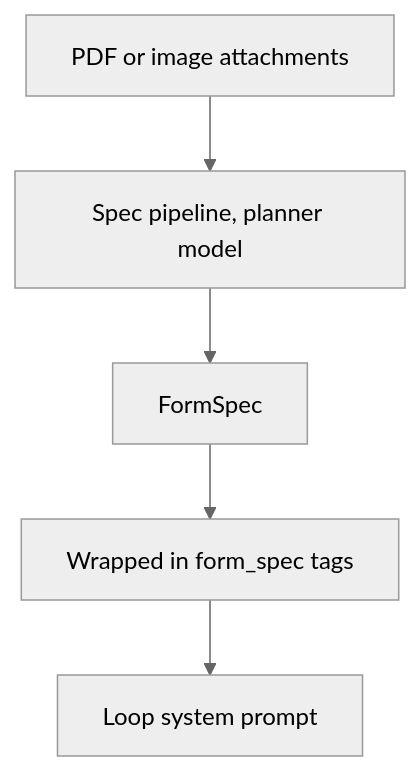
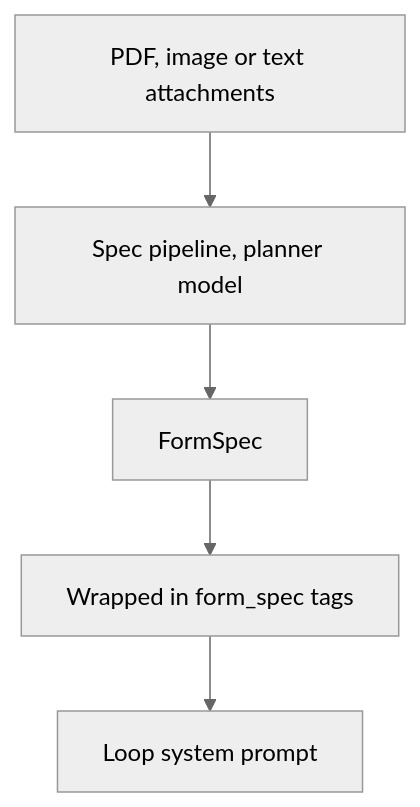
The third of 6 diagrams in src/AI/assistant/docs/modules/graph.md (Altinn/altinn-studio), drawn with Mermaid (neutral theme) before and after one commit. The commit also changed other lines of this file and 4 other files, not shown here.

First line of the commit message:
fix(assistant): send Markdown and text attachments as text

````diff
--- a/src/AI/assistant/docs/modules/graph.md
+++ b/src/AI/assistant/docs/modules/graph.md
@@ -39,7 +39,7 @@
 ```mermaid
 flowchart TD
-  A["PDF or image attachments"] --> S["Spec pipeline, planner model"]
+  A["PDF, image or text attachments"] --> S["Spec pipeline, planner model"]
   S --> F["FormSpec"]
   F --> W["Wrapped in form_spec tags"]
   W --> P["Loop system prompt"]
 ```
````
